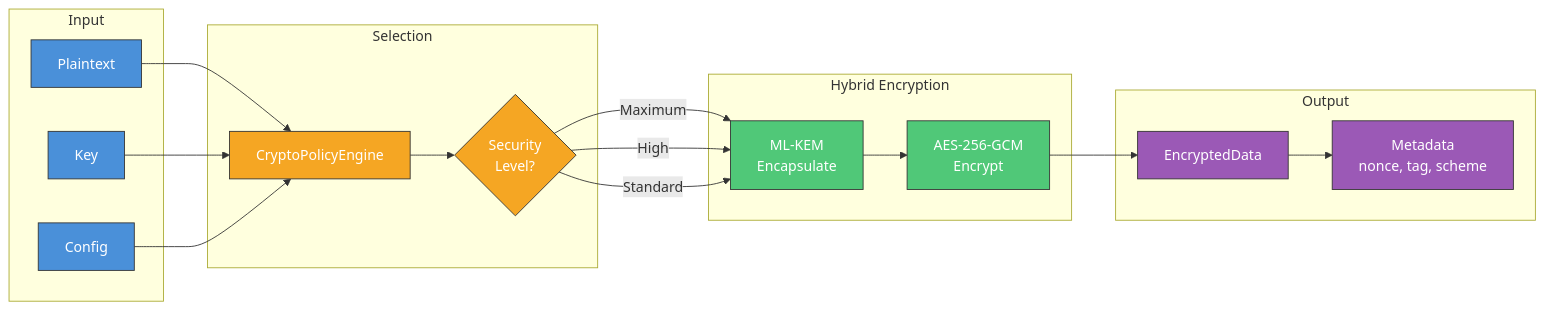
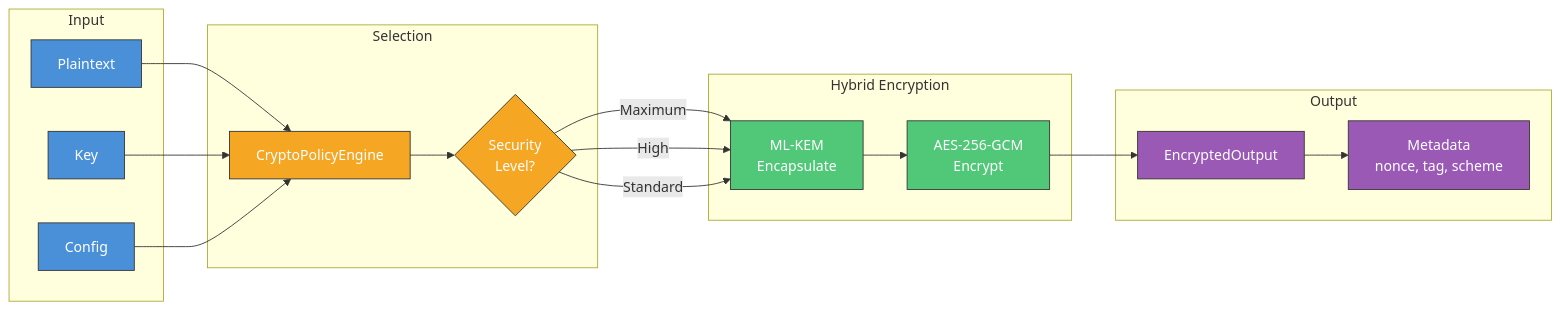
The sixth of 8 diagrams in docs/DESIGN.md (LatticeArc/latticearc), drawn with Mermaid before and after one commit. The commit also changed other lines of this file and 86 other files, not shown here.

````diff
--- a/docs/DESIGN.md
+++ b/docs/DESIGN.md
@@ -222,46 +222,46 @@
 ```mermaid
 flowchart LR
     subgraph "Input"
         DATA[Plaintext]
         KEY[Key]
         CFG[Config]
     end
 
     subgraph "Selection"
         SEL[CryptoPolicyEngine]
         LEVEL{Security<br/>Level?}
     end
 
     subgraph "Hybrid Encryption"
         KEM[ML-KEM<br/>Encapsulate]
         AEAD[AES-256-GCM<br/>Encrypt]
     end
 
     subgraph "Output"
-        CT[EncryptedData]
+        CT[EncryptedOutput]
         META[Metadata<br/>nonce, tag, scheme]
     end
 
     DATA --> SEL
     KEY --> SEL
     CFG --> SEL
     SEL --> LEVEL
 
     LEVEL -->|Maximum| KEM
     LEVEL -->|High| KEM
     LEVEL -->|Standard| KEM
 
     KEM --> AEAD
     AEAD --> CT
     CT --> META
 
     classDef input fill:#4a90d9,stroke:#333,color:#fff
     classDef select fill:#f5a623,stroke:#333,color:#fff
     classDef crypto fill:#50c878,stroke:#333,color:#fff
     classDef output fill:#9b59b6,stroke:#333,color:#fff
 
     class DATA,KEY,CFG input
     class SEL,LEVEL select
     class KEM,AEAD crypto
     class CT,META output
 ```
````
